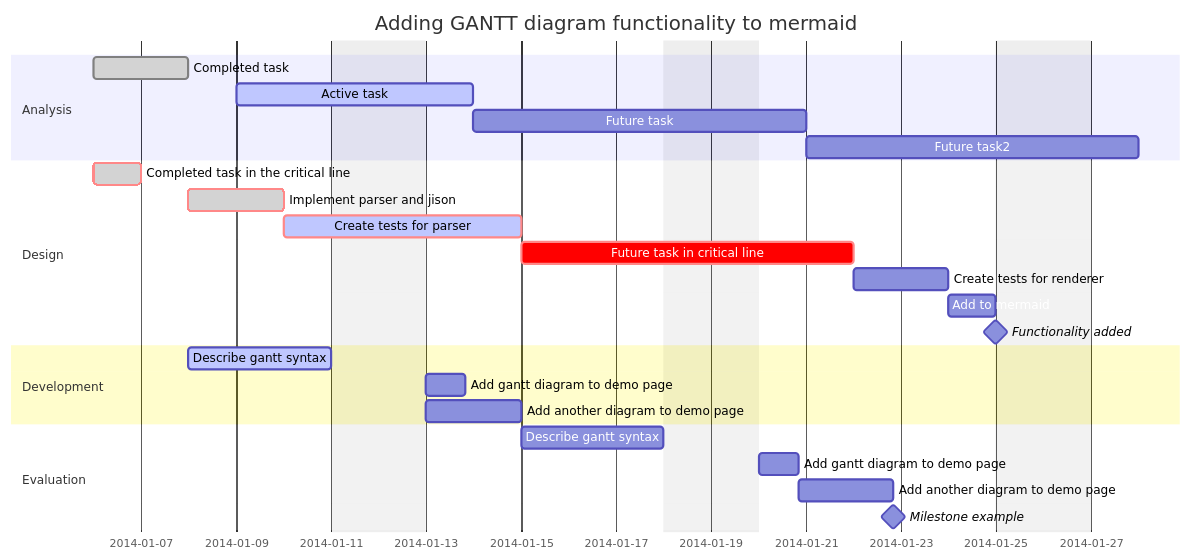
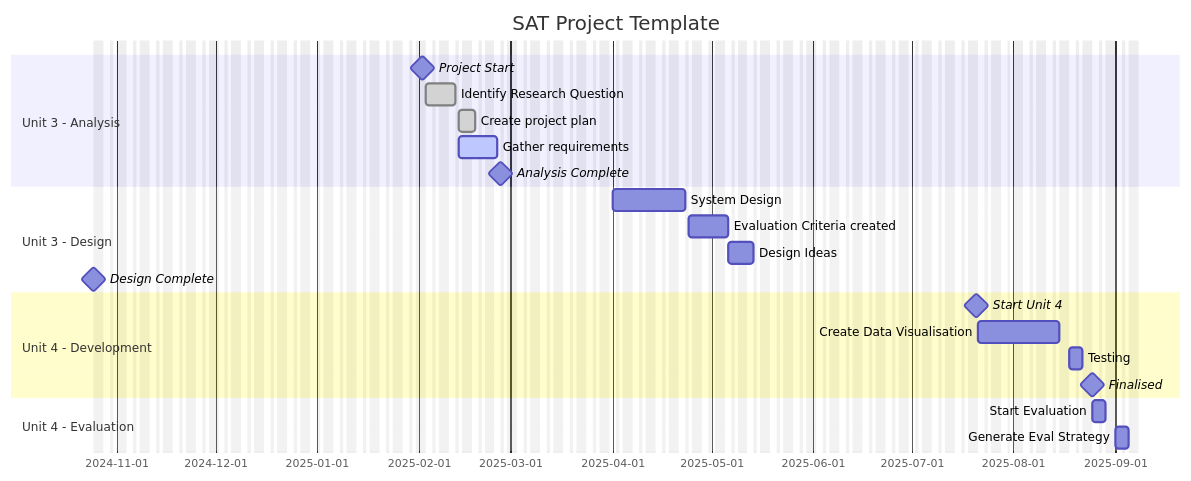
The diagram in topics/project-management.md (HeathmontDataAnalytics/heathmontdataanalytics.github.io), drawn with Mermaid before and after one commit.

Commit message:
Update project-management.md with SAT related Gantt code

````diff
--- a/topics/project-management.md
+++ b/topics/project-management.md
@@ -28,33 +28,29 @@
 ```mermaid
     gantt
-    dateFormat  YYYY-MM-DD
-    title       Adding GANTT diagram functionality to mermaid
-    excludes    weekends
-    %% (`excludes` accepts specific dates in YYYY-MM-DD format, days of the week ("sunday") or "weekends", but not the word "weekdays".)
+    title SAT Project Template
+    dateFormat DD/MM/YYYY
+    excludes weekends, Wednesday, Friday
 
-    section Analysis
-    Completed task            :done,    des1, 2014-01-06,2014-01-08
-    Active task               :active,  des2, 2014-01-09, 3d
-    Future task               :         des3, after des2, 5d
-    Future task2              :         des4, after des3, 5d
+    section Unit 3 - Analysis
+    Project Start               :milestone, a1, 01/02/2025, 1d
+    Identify Research Question  : done, a2, after a1,  5d
+    Create project plan         : done, a3, after a2, 2d
+    Gather requirements         : active, a4, after a2, 5d 
+    Analysis Complete           : milestone, after a3 a4, 1d
 
-    section Design
-    Completed task in the critical line :crit, done, 2014-01-06,24h
-    Implement parser and jison          :crit, done, after des1, 2d
-    Create tests for parser             :crit, active, 3d
-    Future task in critical line        :crit, 5d
-    Create tests for renderer           :2d
-    Add to mermaid                      :until isadded
-    Functionality added                 :milestone, isadded, 2014-01-25, 0d
+    section Unit 3 - Design
+    System Design               : d1, 01/04/2025, 10d
+    Evaluation Criteria created : d2, after d1, 5d
+    Design Ideas                : d3, after d2, 4d
+    Design Complete             : milestone,  dm, after d4, 0d
 
-    section Development
-    Describe gantt syntax               :active, a1, after des1, 3d
-    Add gantt diagram to demo page      :after a1  , 20h
-    Add another diagram to demo page    :doc1, after a1  , 48h
+    section Unit 4 - Development
+    Start Unit 4                : milestone, devstart, 20/07/2025, 1d
+    Create Data Visualisation   : dev1, after devstart, 12d
+    Testing                     : dev2, after dev1, 3d
+    Finalised                   : milestone, devm, after dev2, 0d
 
-    section Evaluation
-    Describe gantt syntax               :after doc1, 3d
-    Add gantt diagram to demo page      :20h
-    Add another diagram to demo page    :48h
-    Milestone example                   :milestone, 0d
+    section Unit 4 - Evaluation
+    Start Evaluation            : e1, after devm, 3d
+    Generate Eval Strategy      : e2, after e1, 3d
 ```
````
